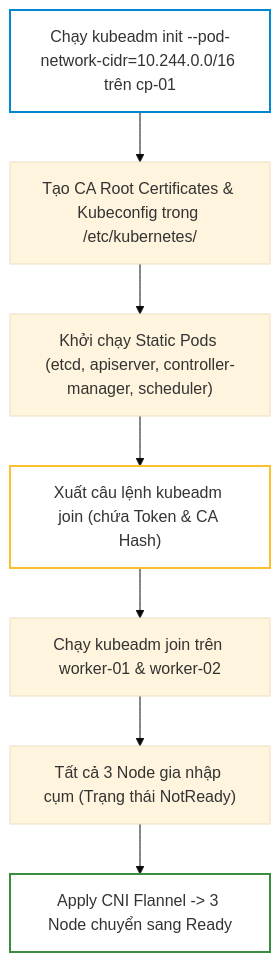
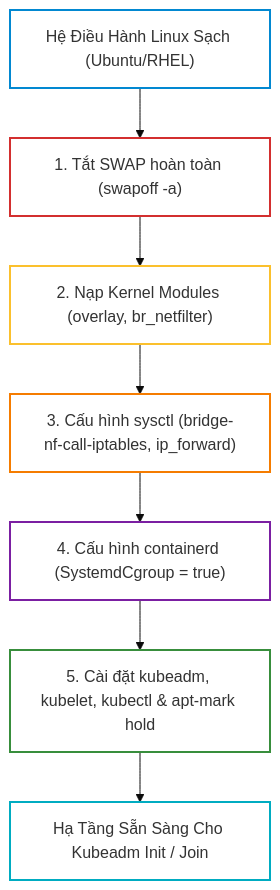
The first of 5 diagrams in _posts/2026-09-12-cka-06-06-kubeadm-dung-cum-tu-so-0.md (kiennt308/ntk), drawn with Mermaid (base theme) before and after one commit. The commit also changed other lines of this file and 39 other files, not shown here.

````diff
--- a/_posts/2026-09-12-cka-06-06-kubeadm-dung-cum-tu-so-0.md
+++ b/_posts/2026-09-12-cka-06-06-kubeadm-dung-cum-tu-so-0.md
@@ -214,13 +51,17 @@
 ```mermaid
-graph TD
-    A["Chạy kubeadm init --pod-network-cidr=10.244.0.0/16 trên cp-01"] --> B["Tạo CA Root Certificates & Kubeconfig trong /etc/kubernetes/"]
-    B --> C["Khởi chạy Static Pods (etcd, apiserver, controller-manager, scheduler)"]
-    C --> D["Xuất câu lệnh kubeadm join (chứa Token & CA Hash)"]
-    D --> E["Chạy kubeadm join trên worker-01 & worker-02"]
-    E --> F["Tất cả 3 Node gia nhập cụm (Trạng thái NotReady)"]
-    F --> G["Apply CNI Flannel -> 3 Node chuyển sang Ready"]
+flowchart TD
+    A["Hệ Điều Hành Linux Sạch (Ubuntu/RHEL)"] --> B["1. Tắt SWAP hoàn toàn (swapoff -a)"]
+    B --> C["2. Nạp Kernel Modules (overlay, br_netfilter)"]
+    C --> D["3. Cấu hình sysctl (bridge-nf-call-iptables, ip_forward)"]
+    D --> E["4. Cấu hình containerd (SystemdCgroup = true)"]
+    E --> F["5. Cài đặt kubeadm, kubelet, kubectl & apt-mark hold"]
+    F --> G["Hạ Tầng Sẵn Sàng Cho Kubeadm Init / Join"]
 
     style A fill:none,stroke:#0288d1,stroke-width:2px
-    style D fill:none,stroke:#fbc02d,stroke-width:2px
-    style G fill:none,stroke:#388e3c,stroke-width:2px
+    style B fill:none,stroke:#d32f2f,stroke-width:2px
+    style C fill:none,stroke:#fbc02d,stroke-width:2px
+    style D fill:none,stroke:#f57c00,stroke-width:2px
+    style E fill:none,stroke:#7b1fa2,stroke-width:2px
+    style F fill:none,stroke:#388e3c,stroke-width:2px
+    style G fill:none,stroke:#00acc1,stroke-width:2px
 ```
````
